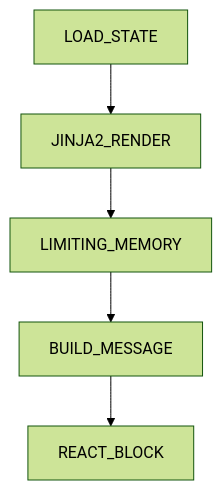
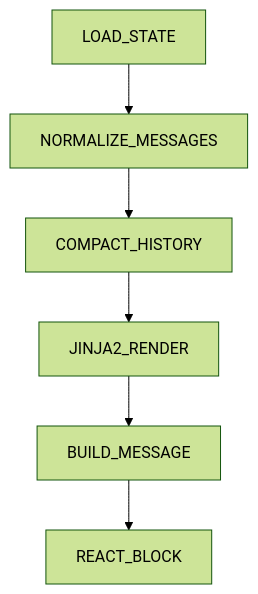
Before and after one commit to AmritaBot/plugin-memory: the second of 4 diagrams in README.md, drawn with Mermaid (forest theme). The commit also changed other lines of this file and 4 other files, not shown here.

````diff
--- a/README.md
+++ b/README.md
@@ -286,4 +286,4 @@
 ```mermaid
 flowchart TD
-    LOAD_STATE --> JINJA2_RENDER --> LIMITING_MEMORY --> BUILD_MESSAGE --> REACT_BLOCK
+    LOAD_STATE --> NORMALIZE_MESSAGES --> COMPACT_HISTORY --> JINJA2_RENDER --> BUILD_MESSAGE --> REACT_BLOCK
 ```
````
